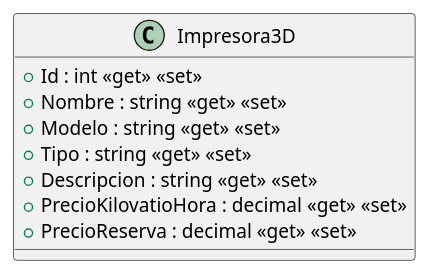
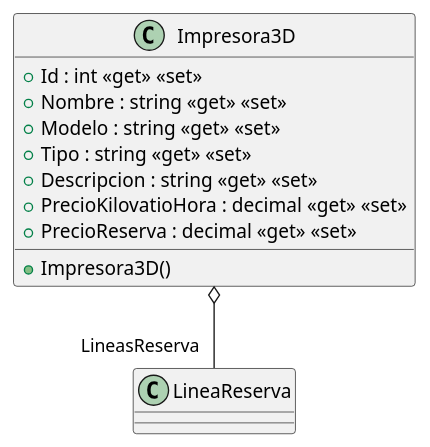
Before and after one commit to ISII2627Cazabichos/ISII2627Cazabichos: the diagram in src/AppForSEII.API/ClassDiagram/Impresora3D.puml, drawn with PlantUML. The commit also changed 4 other files, not shown here.

Commit message:
Añadir diagrama de clases de reservas

```diff
--- a/src/AppForSEII.API/ClassDiagram/Impresora3D.puml
+++ b/src/AppForSEII.API/ClassDiagram/Impresora3D.puml
@@ -1,11 +1,13 @@
 @startuml
 class Impresora3D {
+    + Impresora3D()
     + Id : int <<get>> <<set>>
     + Nombre : string <<get>> <<set>>
     + Modelo : string <<get>> <<set>>
     + Tipo : string <<get>> <<set>>
     + Descripcion : string <<get>> <<set>>
     + PrecioKilovatioHora : decimal <<get>> <<set>>
     + PrecioReserva : decimal <<get>> <<set>>
 }
+Impresora3D o-- "LineasReserva" LineaReserva
 @enduml
```
